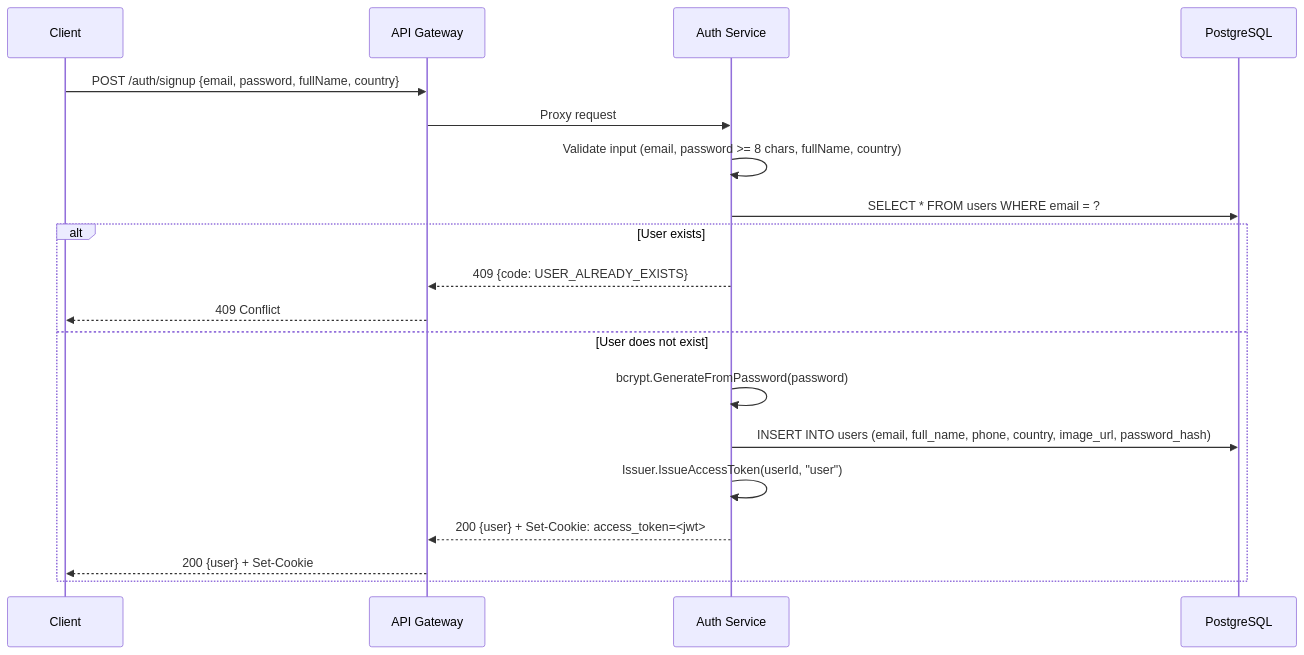
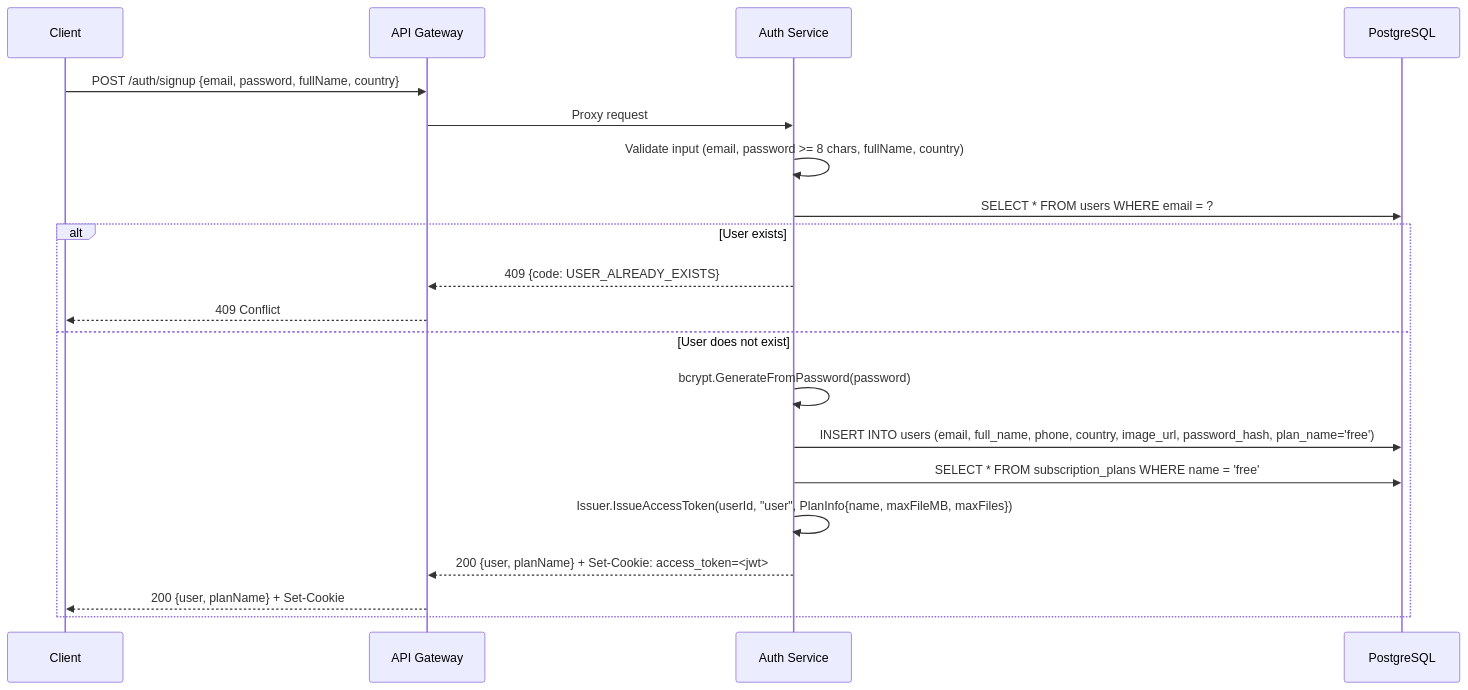
The first of 4 diagrams in docs/services/AUTH_SERVICE.md (Prachidubey2003/fyredocs_backend), drawn with Mermaid before and after one commit. The commit also changed other lines of this file and 67 other files, not shown here.

First line of the commit message:
Consolidate upload into job-service and add plan limits to JWT/gateway

````diff
--- a/docs/services/AUTH_SERVICE.md
+++ b/docs/services/AUTH_SERVICE.md
@@ -150,23 +164,24 @@
 ```mermaid
 sequenceDiagram
     participant C as Client
     participant GW as API Gateway
     participant AS as Auth Service
     participant DB as PostgreSQL
 
     C->>GW: POST /auth/signup {email, password, fullName, country}
     GW->>AS: Proxy request
 
     AS->>AS: Validate input (email, password >= 8 chars, fullName, country)
     AS->>DB: SELECT * FROM users WHERE email = ?
     alt User exists
         AS-->>GW: 409 {code: USER_ALREADY_EXISTS}
         GW-->>C: 409 Conflict
     else User does not exist
         AS->>AS: bcrypt.GenerateFromPassword(password)
-        AS->>DB: INSERT INTO users (email, full_name, phone, country, image_url, password_hash)
-        AS->>AS: Issuer.IssueAccessToken(userId, "user")
-        AS-->>GW: 200 {user} + Set-Cookie: access_token=<jwt>
-        GW-->>C: 200 {user} + Set-Cookie
+        AS->>DB: INSERT INTO users (email, full_name, phone, country, image_url, password_hash, plan_name='free')
+        AS->>DB: SELECT * FROM subscription_plans WHERE name = 'free'
+        AS->>AS: Issuer.IssueAccessToken(userId, "user", PlanInfo{name, maxFileMB, maxFiles})
+        AS-->>GW: 200 {user, planName} + Set-Cookie: access_token=<jwt>
+        GW-->>C: 200 {user, planName} + Set-Cookie
     end
 ```
````
